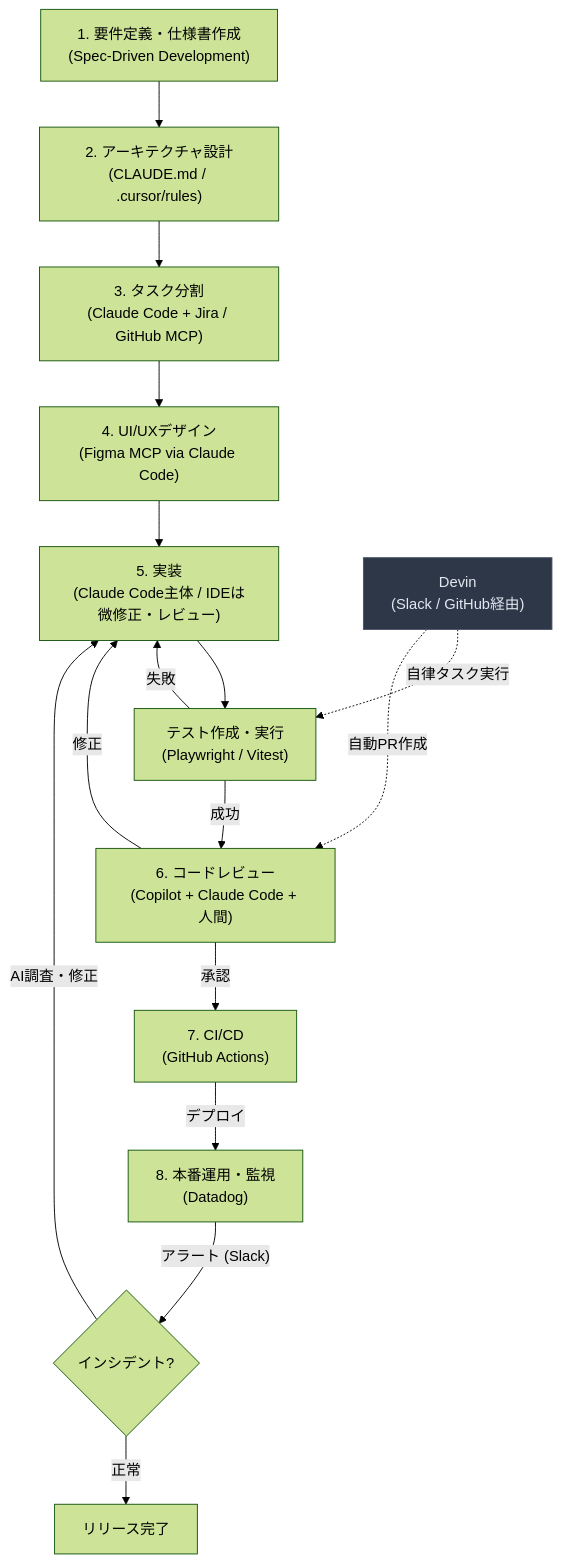
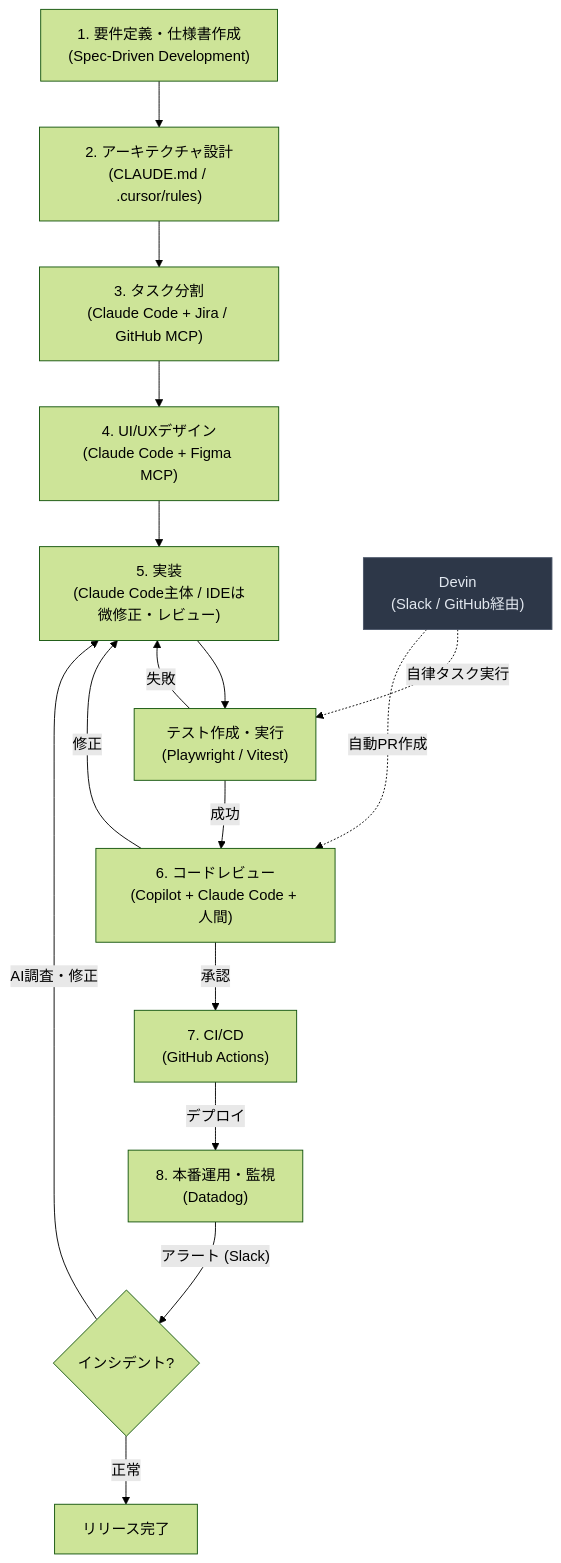
The fifth of 27 diagrams in AI駆動開発.md (takuma39/ai), drawn with Mermaid (forest theme) before and after one commit.

Commit message:
update: AI駆動開発.mdを更新

````diff
--- a/AI駆動開発.md
+++ b/AI駆動開発.md
@@ -172,20 +172,20 @@
 ```mermaid
 flowchart TD
     A["1. 要件定義・仕様書作成<br/>(Spec-Driven Development)"] --> B["2. アーキテクチャ設計<br/>(CLAUDE.md / .cursor/rules)"]
     B --> TS["3. タスク分割<br/>(Claude Code + Jira / GitHub MCP)"]
-    TS --> C["4. UI/UXデザイン<br/>(Figma MCP via Claude Code)"]
+    TS --> C["4. UI/UXデザイン<br/>(Claude Code + Figma MCP)"]
     C --> D["5. 実装<br/>(Claude Code主体 / IDEは微修正・レビュー)"]
     D --> T["テスト作成・実行<br/>(Playwright / Vitest)"]
     T -->|"失敗"| D
     T -->|"成功"| E["6. コードレビュー<br/>(Copilot + Claude Code + 人間)"]
     E -->|修正| D
     E -->|承認| F["7. CI/CD<br/>(GitHub Actions)"]
     F -->|デプロイ| G["8. 本番運用・監視<br/>(Datadog)"]
     G -->|"アラート (Slack)"| H{"インシデント?"}
     H -->|"AI調査・修正"| D
     H -->|"正常"| I["リリース完了"]
 
     D2["Devin<br/>(Slack / GitHub経由)"] -.->|"自律タスク実行"| T
     D2 -.->|"自動PR作成"| E
     style D2 fill:#2d3748,stroke:#4a5568,color:#e2e8f0
 ```
````
